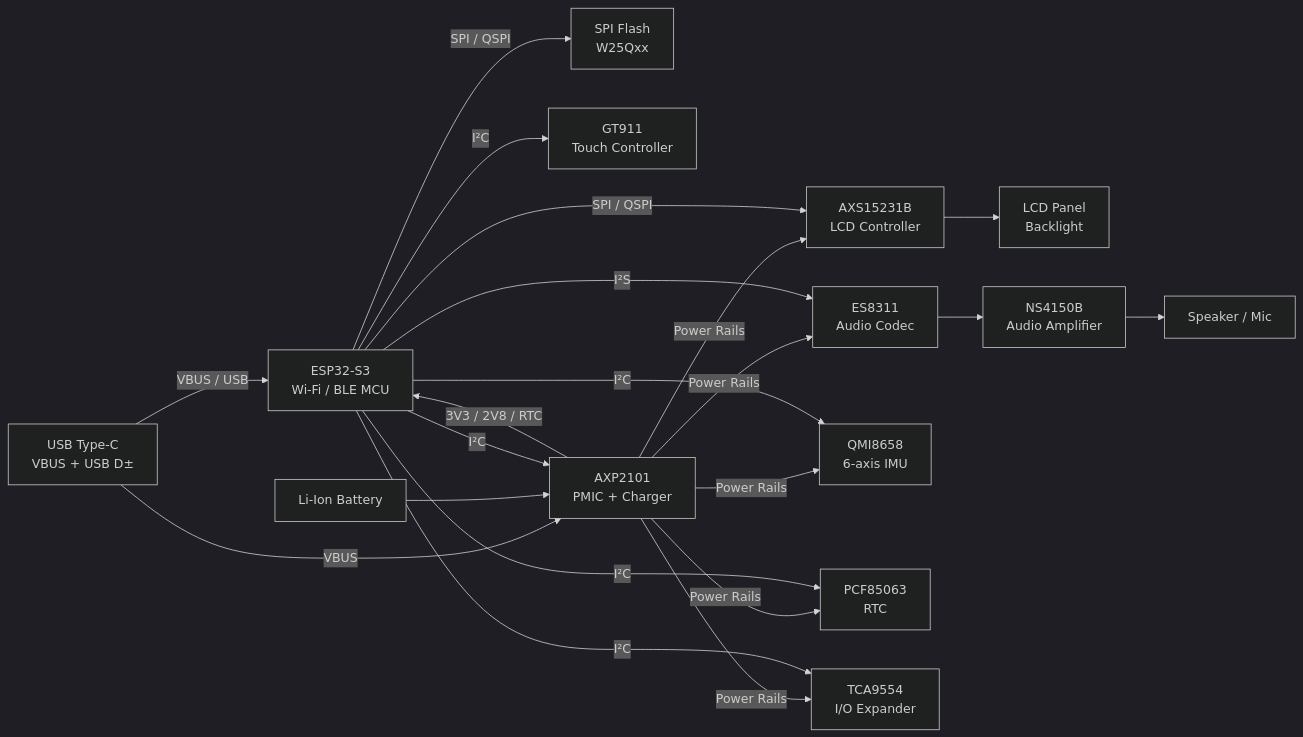
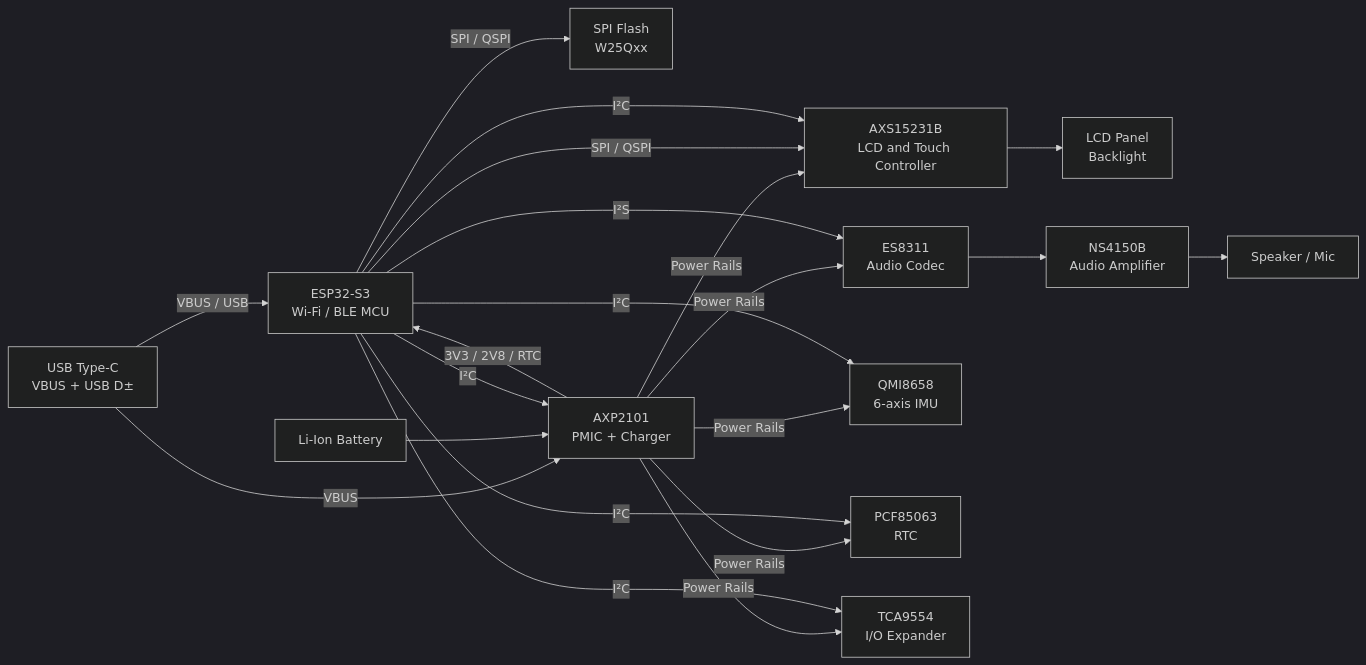
One commit to f18m/esphome-ha-interface-panel changed the diagram in README.md. Above: the diagram before and after it, drawn with Mermaid (dark theme). The commit also changed other lines of this file and 2 other files, not shown here.

Commit message:
Fix block diagram removing GT911 which is not there

````diff
--- a/README.md
+++ b/README.md
@@ -31,52 +30,50 @@
 ```mermaid
 flowchart LR
     USB[USB Type-C<br/>VBUS + USB D±]
 
     ESP[ESP32-S3<br/>Wi-Fi / BLE MCU]
 
     FLASH[SPI Flash<br/>W25Qxx]
 
-    LCDDRV[AXS15231B<br/>LCD Controller]
+    LCDDRV[AXS15231B<br/>LCD and Touch Controller]
     LCD[LCD Panel<br/>Backlight]
-
-    TOUCH[GT911<br/>Touch Controller]
 
     AUDIO[ES8311<br/>Audio Codec]
     AMP[NS4150B<br/>Audio Amplifier]
     SPK[Speaker / Mic]
 
     IMU[QMI8658<br/>6-axis IMU]
     RTC[PCF85063<br/>RTC]
 
     IOX[TCA9554<br/>I/O Expander]
 
     PMIC[AXP2101<br/>PMIC + Charger]
     BAT[Li-Ion Battery]
 
     %% Connections
     USB -->|VBUS / USB| ESP
     USB -->|VBUS| PMIC
 
     PMIC -->|3V3 / 2V8 / RTC| ESP
     PMIC -->|Power Rails| LCDDRV
     PMIC -->|Power Rails| AUDIO
     PMIC -->|Power Rails| IMU
     PMIC -->|Power Rails| RTC
     PMIC -->|Power Rails| IOX
 
     BAT --> PMIC
 
     ESP -->|SPI / QSPI| FLASH
     ESP -->|SPI / QSPI| LCDDRV
     LCDDRV --> LCD
 
-    ESP -->|I²C| TOUCH
+    ESP -->|I²C| LCDDRV
     ESP -->|I²C| IMU
     ESP -->|I²C| RTC
     ESP -->|I²C| IOX
     ESP -->|I²C| PMIC
 
     ESP -->|I²S| AUDIO
     AUDIO --> AMP
     AMP --> SPK
 ```
````
